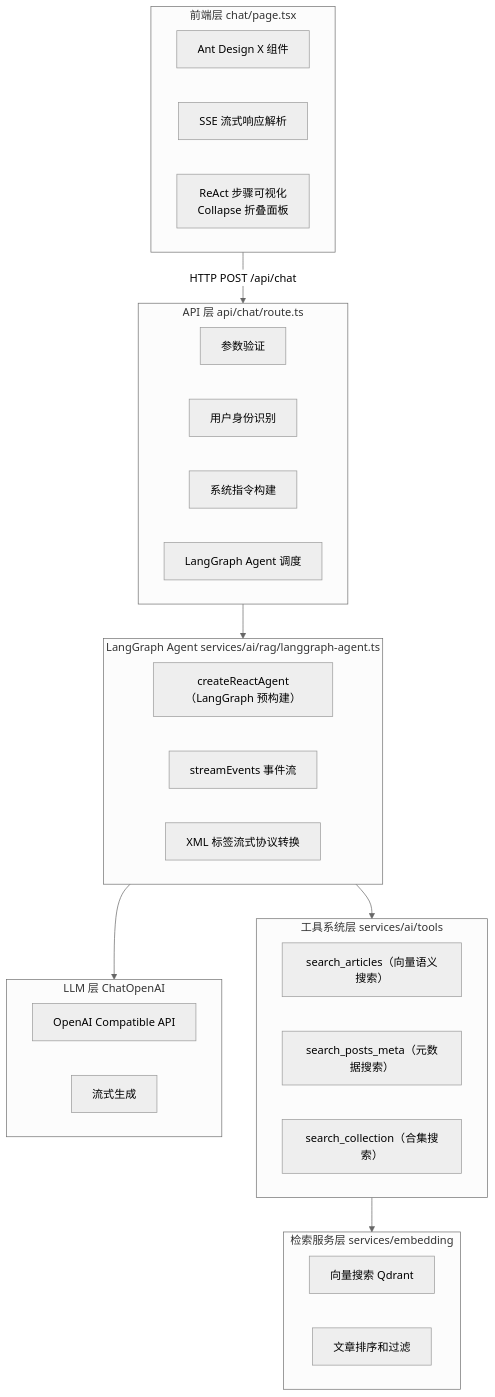
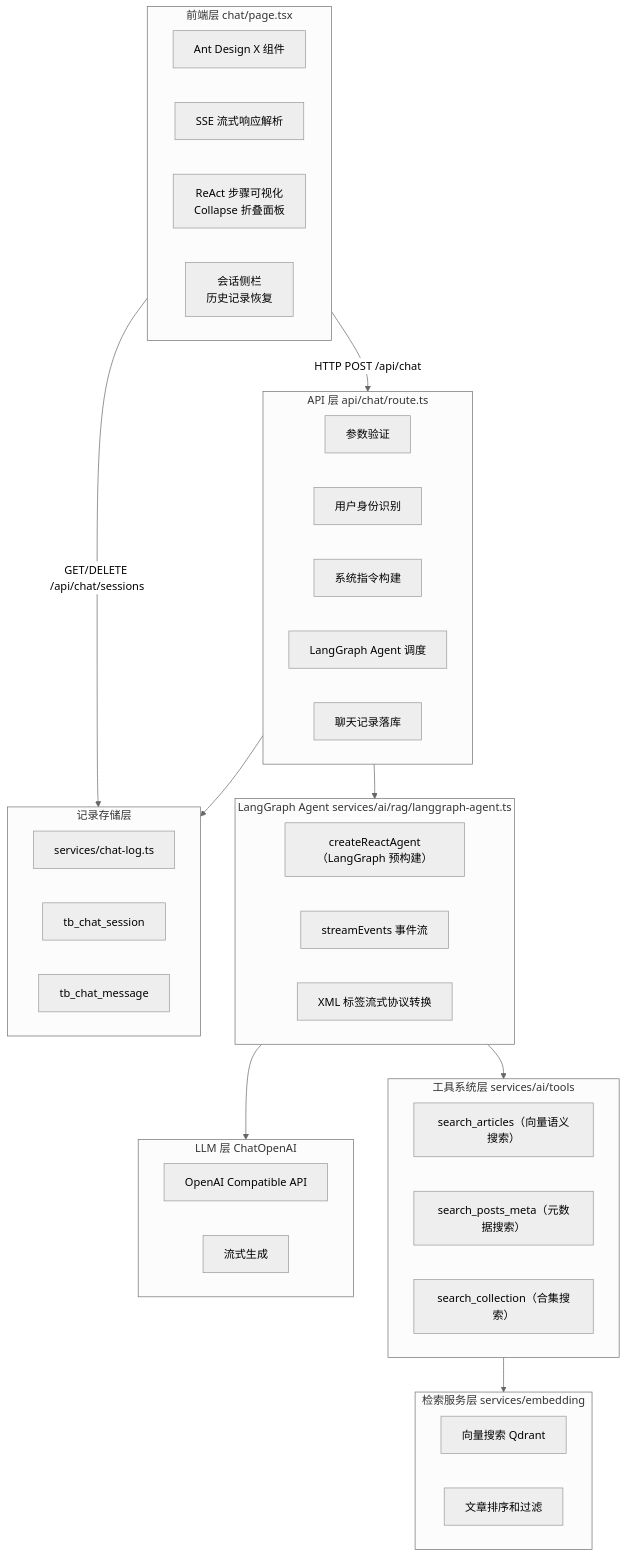
Before and after one commit to NNNNzs/react.nnnnzs.cn: the first of 2 diagrams in docs/designs/chat/rag-chat.md, drawn with Mermaid (neutral theme). The commit also changed other lines of this file and 18 other files, not shown here.

````diff
--- a/docs/designs/chat/rag-chat.md
+++ b/docs/designs/chat/rag-chat.md
@@ -25,43 +26,53 @@
 ```mermaid
 flowchart TB
     subgraph Frontend["前端层 chat/page.tsx"]
         A1["Ant Design X 组件"]
         A2["SSE 流式响应解析"]
         A3["ReAct 步骤可视化<br/>Collapse 折叠面板"]
+        A4["会话侧栏<br/>历史记录恢复"]
     end
 
     subgraph API["API 层 api/chat/route.ts"]
         B1["参数验证"]
         B2["用户身份识别"]
         B3["系统指令构建"]
         B4["LangGraph Agent 调度"]
+        B5["聊天记录落库"]
     end
 
     subgraph Agent["LangGraph Agent services/ai/rag/langgraph-agent.ts"]
         C1["createReactAgent（LangGraph 预构建）"]
         C2["streamEvents 事件流"]
         C3["XML 标签流式协议转换"]
     end
 
     subgraph Tools["工具系统层 services/ai/tools"]
         D1["search_articles（向量语义搜索）"]
         D2["search_posts_meta（元数据搜索）"]
         D3["search_collection（合集搜索）"]
     end
 
     subgraph LLM["LLM 层 ChatOpenAI"]
         E1["OpenAI Compatible API"]
         E2["流式生成"]
     end
 
     subgraph Search["检索服务层 services/embedding"]
         F1["向量搜索 Qdrant"]
         F2["文章排序和过滤"]
     end
 
+    subgraph Storage["记录存储层"]
+        G1["services/chat-log.ts"]
+        G2["tb_chat_session"]
+        G3["tb_chat_message"]
+    end
+
     Frontend -->|HTTP POST /api/chat| API
+    Frontend -->|GET/DELETE /api/chat/sessions| Storage
     API --> Agent
+    API --> Storage
     Agent --> Tools
     Agent --> LLM
     Tools --> Search
 ```
````
